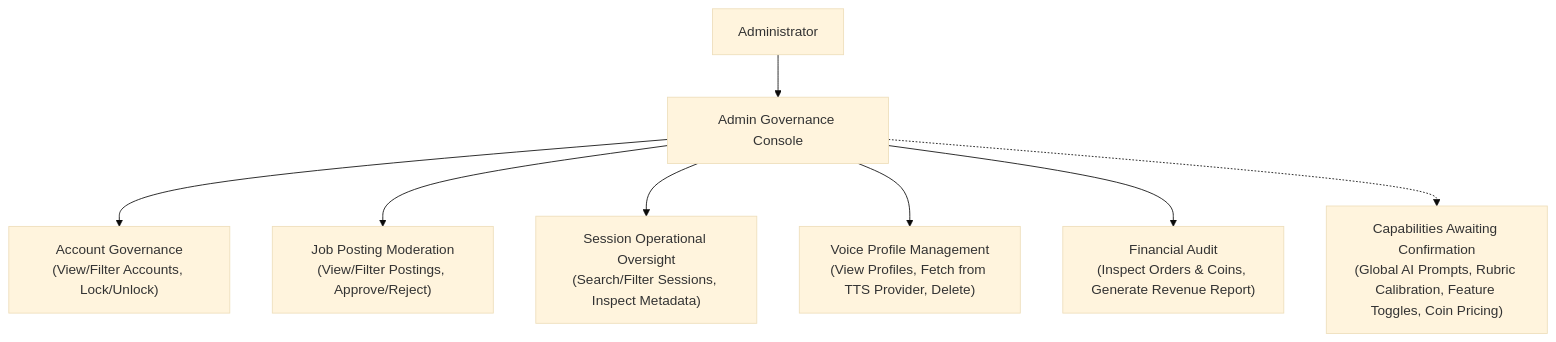
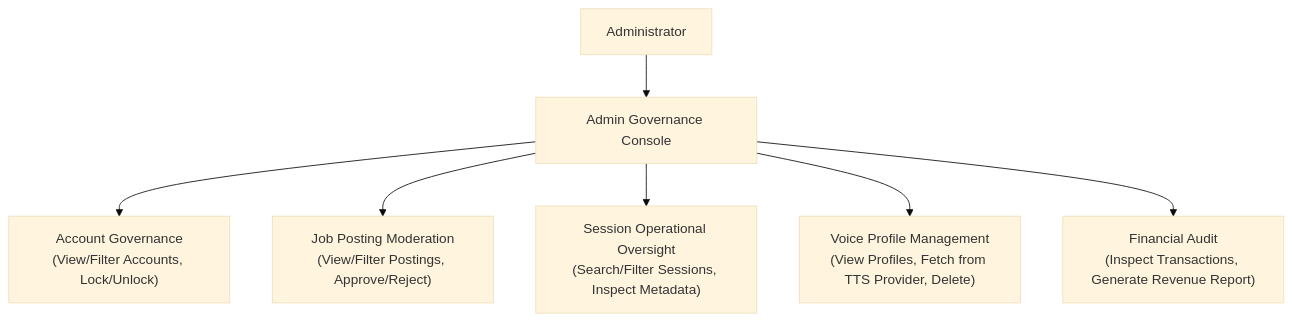
Before and after one commit to cog-forge/role-cue-brain: the diagram in 01_Domains/Administration/README.md, drawn with Mermaid (base theme). The commit also changed other lines of this file and 16 other files, not shown here.

````diff
--- a/01_Domains/Administration/README.md
+++ b/01_Domains/Administration/README.md
@@ -57,11 +57,10 @@
 ```mermaid
 flowchart TD
     ADMIN["Administrator"] --> CONSOLE["Admin Governance Console"]
 
     CONSOLE --> ACC["Account Governance<br/>(View/Filter Accounts, Lock/Unlock)"]
     CONSOLE --> JP["Job Posting Moderation<br/>(View/Filter Postings, Approve/Reject)"]
     CONSOLE --> SESS["Session Operational Oversight<br/>(Search/Filter Sessions, Inspect Metadata)"]
     CONSOLE --> VOICE["Voice Profile Management<br/>(View Profiles, Fetch from TTS Provider, Delete)"]
-    CONSOLE --> FIN["Financial Audit<br/>(Inspect Orders & Coins, Generate Revenue Report)"]
-    CONSOLE -.-> OPEN["Capabilities Awaiting Confirmation<br/>(Global AI Prompts, Rubric Calibration, Feature Toggles, Coin Pricing)"]
+    CONSOLE --> FIN["Financial Audit<br/>(Inspect Transactions, Generate Revenue Report)"]
 ```
````
